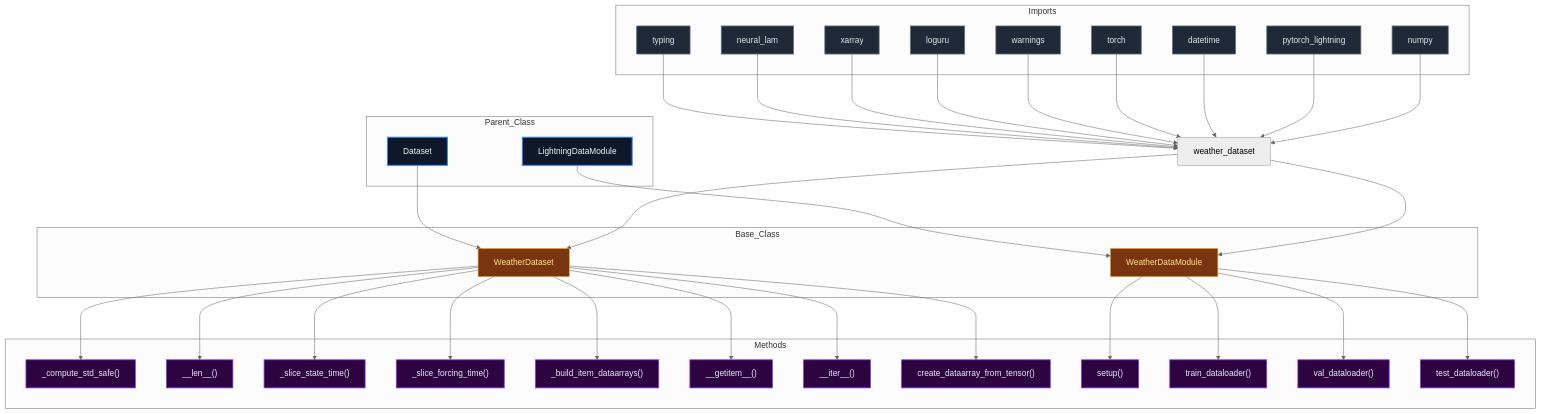
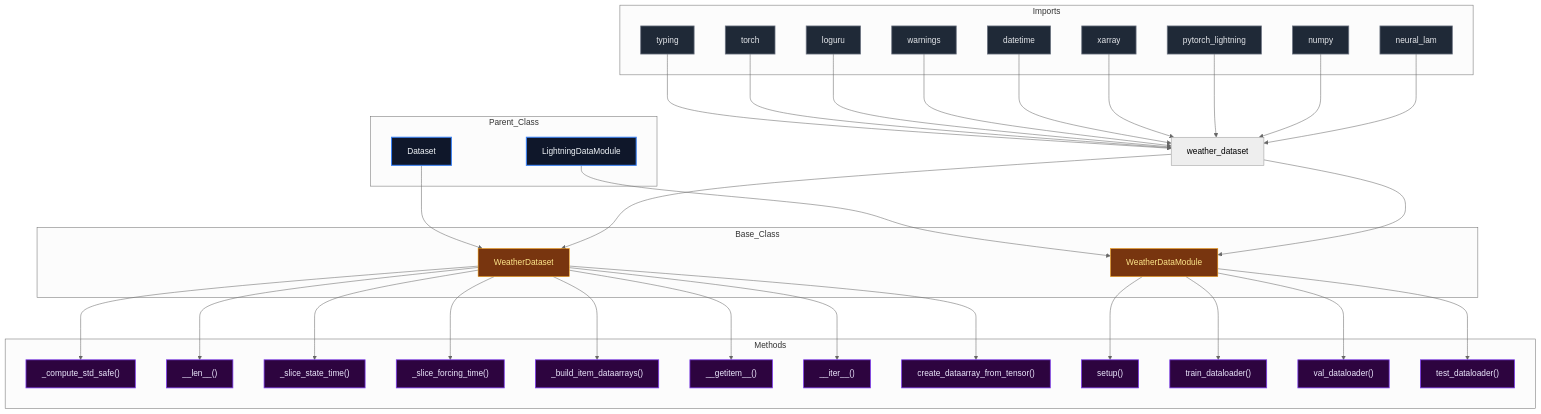
Before and after one commit to mllam/neural-lam: the diagram in docs/diagrams/weather_dataset_diagram.md, drawn with Mermaid (neutral theme). The commit also changed 19 other files, not shown here.

Commit message:
Auto-update Mermaid diagrams

````diff
--- a/docs/diagrams/weather_dataset_diagram.md
+++ b/docs/diagrams/weather_dataset_diagram.md
@@ -1,82 +1,82 @@
 ```mermaid
 %%{init: {'flowchart': {'nodeSpacing': 60, 'rankSpacing': 80}}}%%
 flowchart TD
 
 module["weather_dataset"]
 
 subgraph Parent_Class
+    Dataset["Dataset"]
     LightningDataModule["LightningDataModule"]
-    Dataset["Dataset"]
 end
 
 subgraph Base_Class
     WeatherDataset["WeatherDataset"]
     WeatherDataModule["WeatherDataModule"]
 end
 
     Dataset --> WeatherDataset
     LightningDataModule --> WeatherDataModule
 
 subgraph Imports
     typing["typing"]
-    neural_lam["neural_lam"]
-    xarray["xarray"]
+    torch["torch"]
     loguru["loguru"]
     warnings["warnings"]
-    torch["torch"]
     datetime["datetime"]
+    xarray["xarray"]
     pytorch_lightning["pytorch_lightning"]
     numpy["numpy"]
+    neural_lam["neural_lam"]
 end
 
     typing --> module
-    neural_lam --> module
-    xarray --> module
+    torch --> module
     loguru --> module
     warnings --> module
-    torch --> module
     datetime --> module
+    xarray --> module
     pytorch_lightning --> module
     numpy --> module
+    neural_lam --> module
     module --> WeatherDataset
     module --> WeatherDataModule
 
 subgraph Methods
     WeatherDataset__compute_std_safe["_compute_std_safe()"]
     WeatherDataset___len__["__len__()"]
     WeatherDataset__slice_state_time["_slice_state_time()"]
     WeatherDataset__slice_forcing_time["_slice_forcing_time()"]
     WeatherDataset__build_item_dataarrays["_build_item_dataarrays()"]
     WeatherDataset___getitem__["__getitem__()"]
     WeatherDataset___iter__["__iter__()"]
     WeatherDataset_create_dataarray_from_tensor["create_dataarray_from_tensor()"]
     WeatherDataModule_setup["setup()"]
     WeatherDataModule_train_dataloader["train_dataloader()"]
     WeatherDataModule_val_dataloader["val_dataloader()"]
     WeatherDataModule_test_dataloader["test_dataloader()"]
 end
 
     WeatherDataset --> WeatherDataset__compute_std_safe
     WeatherDataset --> WeatherDataset___len__
     WeatherDataset --> WeatherDataset__slice_state_time
     WeatherDataset --> WeatherDataset__slice_forcing_time
     WeatherDataset --> WeatherDataset__build_item_dataarrays
     WeatherDataset --> WeatherDataset___getitem__
     WeatherDataset --> WeatherDataset___iter__
     WeatherDataset --> WeatherDataset_create_dataarray_from_tensor
     WeatherDataModule --> WeatherDataModule_setup
     WeatherDataModule --> WeatherDataModule_train_dataloader
     WeatherDataModule --> WeatherDataModule_val_dataloader
     WeatherDataModule --> WeatherDataModule_test_dataloader
 
 classDef parent fill:#0f172a,stroke:#3b82f6,stroke-width:2px,color:#f1f5f9,font-size:16px
 classDef base fill:#78350f,stroke:#f59e0b,stroke-width:1px,color:#fde68a,font-size:16px
 classDef import fill:#1f2937,stroke:#6b7280,stroke-width:1.5px,color:#e5e7eb,font-size:16px
 classDef method fill:#2d043f,stroke:#7c3aed,stroke-width:1.5px,color:#ede9fe,font-size:16px
 classDef callNode fill:#064e3b,stroke:#10b981,stroke-width:1.5px,color:#d1fae5,font-size:16px
-class LightningDataModule,Dataset parent
+class Dataset,LightningDataModule parent
 class WeatherDataset,WeatherDataModule base
-class typing,neural_lam,xarray,loguru,warnings,torch,datetime,pytorch_lightning,numpy import
+class typing,torch,loguru,warnings,datetime,xarray,pytorch_lightning,numpy,neural_lam import
 class WeatherDataset__compute_std_safe,WeatherDataset___len__,WeatherDataset__slice_state_time,WeatherDataset__slice_forcing_time,WeatherDataset__build_item_dataarrays,WeatherDataset___getitem__,WeatherDataset___iter__,WeatherDataset_create_dataarray_from_tensor,WeatherDataModule_setup,WeatherDataModule_train_dataloader,WeatherDataModule_val_dataloader,WeatherDataModule_test_dataloader method
 
 ```
````
